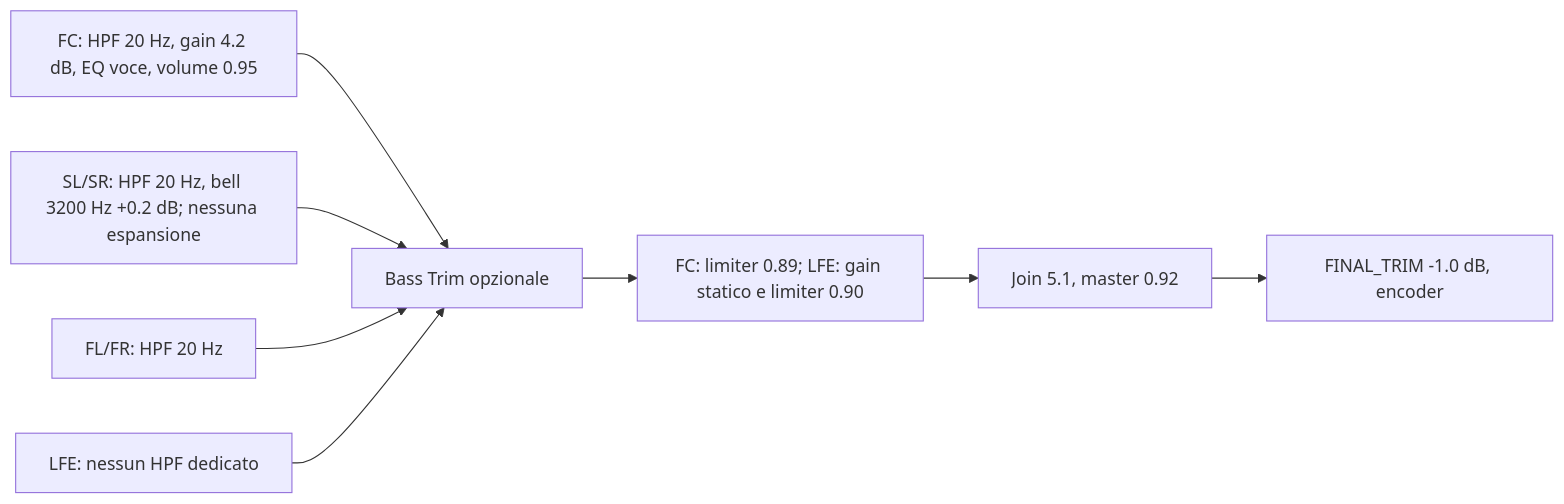
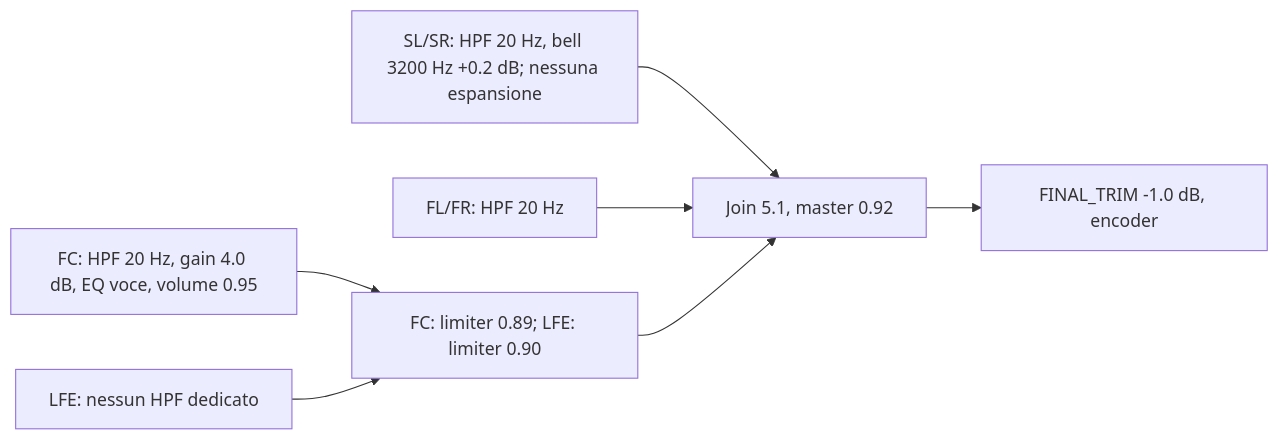
One commit to Damocle77/Psicoacustics changed the diagram in README.md. Above: the diagram before and after it, drawn with Mermaid. The commit also changed other lines of this file and 6 other files, not shown here.

````diff
--- a/README.md
+++ b/README.md
@@ -506,10 +416,9 @@
 ```mermaid
 flowchart LR
-  FC["FC: HPF 20 Hz, gain 4.2 dB, EQ voce, volume 0.95"] --> BT["Bass Trim opzionale"]
-  SUR["SL/SR: HPF 20 Hz, bell 3200 Hz +0.2 dB; nessuna espansione"] --> BT
-  LR["FL/FR: HPF 20 Hz"] --> BT
-  LFE["LFE: nessun HPF dedicato"] --> BT
-  BT --> LIMIT["FC: limiter 0.89; LFE: gain statico e limiter 0.90"]
+  FC["FC: HPF 20 Hz, gain 4.0 dB, EQ voce, volume 0.95"] --> LIMIT["FC: limiter 0.89; LFE: limiter 0.90"]
+  SUR["SL/SR: HPF 20 Hz, bell 3200 Hz +0.2 dB; nessuna espansione"] --> JOIN
+  LR["FL/FR: HPF 20 Hz"] --> JOIN
+  LFE["LFE: nessun HPF dedicato"] --> LIMIT
   LIMIT --> JOIN["Join 5.1, master 0.92"]
   JOIN --> TRIM["FINAL_TRIM -1.0 dB, encoder"]
 ```
````
